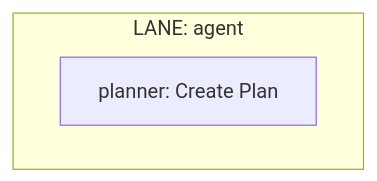
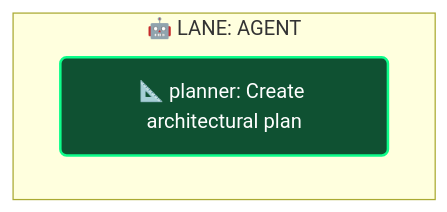
The diagram in templates/apf_scaffold/workflows/plan_only/graph.mermaid (saulfernandez-me/agno-self-contain-software-factor), drawn with Mermaid before and after one commit. The commit also changed 14 other files, not shown here.

Commit message:
refactor: upgrade all workflow diagrams to the APF Mermaid v2.0 visual standard

```diff
--- a/templates/apf_scaffold/workflows/plan_only/graph.mermaid
+++ b/templates/apf_scaffold/workflows/plan_only/graph.mermaid
@@ -1,4 +1,7 @@
 graph TD
-    subgraph "LANE: agent"
-        PLAN["planner: Create Plan"]:::agent
+    %% APF Color Palette
+    classDef agent fill:#0f5132,stroke:#0dfd8a,stroke-width:2px,color:#fff,rx:5px,ry:5px
+
+    subgraph "🤖 LANE: AGENT"
+        PLAN["📐 planner: Create architectural plan"]:::agent
     end
```
